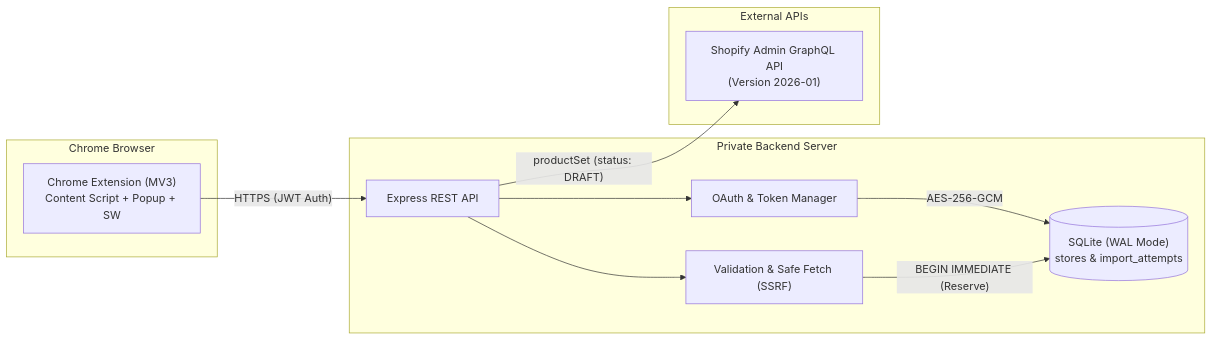
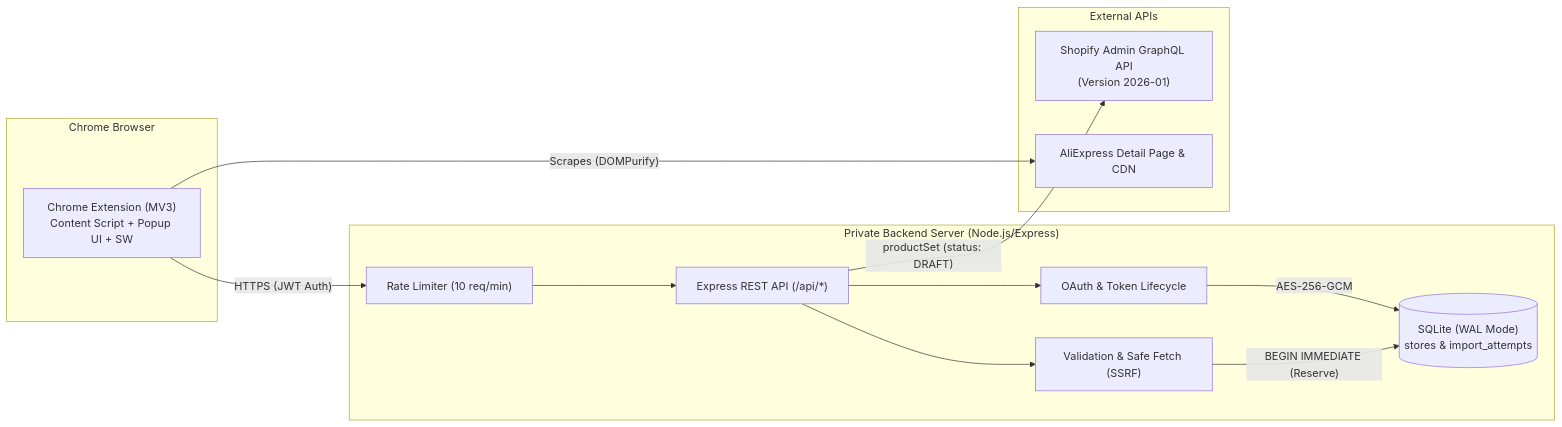
The diagram in README.md (nizamuddin3080/Aliexpress-oneclick-import), drawn with Mermaid before and after one commit. The commit also changed other lines of this file and 22 other files, not shown here.

````diff
--- a/README.md
+++ b/README.md
@@ -28,24 +29,28 @@
 ```mermaid
 flowchart LR
     subgraph Browser["Chrome Browser"]
-        EXT["Chrome Extension (MV3)<br/>Content Script + Popup + SW"]
+        EXT["Chrome Extension (MV3)<br/>Content Script + Popup UI + SW"]
     end
 
-    subgraph Backend["Private Backend Server"]
-        API["Express REST API"]
-        AUTH["OAuth & Token Manager"]
+    subgraph Backend["Private Backend Server (Node.js/Express)"]
+        API["Express REST API (/api/*)"]
+        AUTH["OAuth & Token Lifecycle"]
         VAL["Validation & Safe Fetch (SSRF)"]
+        RATE["Rate Limiter (10 req/min)"]
         DB[("SQLite (WAL Mode)<br/>stores & import_attempts")]
     end
 
     subgraph External["External APIs"]
         SHOP["Shopify Admin GraphQL API<br/>(Version 2026-01)"]
+        ALI["AliExpress Detail Page & CDN"]
     end
 
-    EXT -->|"HTTPS (JWT Auth)"| API
+    EXT -->|"Scrapes (DOMPurify)"| ALI
+    EXT -->|"HTTPS (JWT Auth)"| RATE
+    RATE --> API
     API --> VAL
     API --> AUTH
     AUTH -->|"AES-256-GCM"| DB
     VAL -->|"BEGIN IMMEDIATE (Reserve)"| DB
     API -->|"productSet (status: DRAFT)"| SHOP
 ```
````
